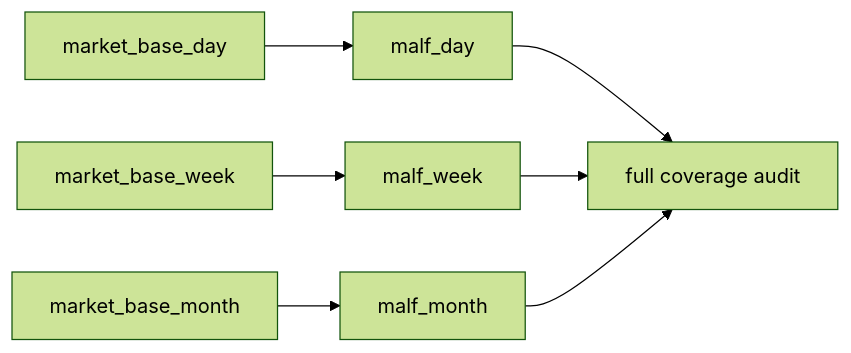
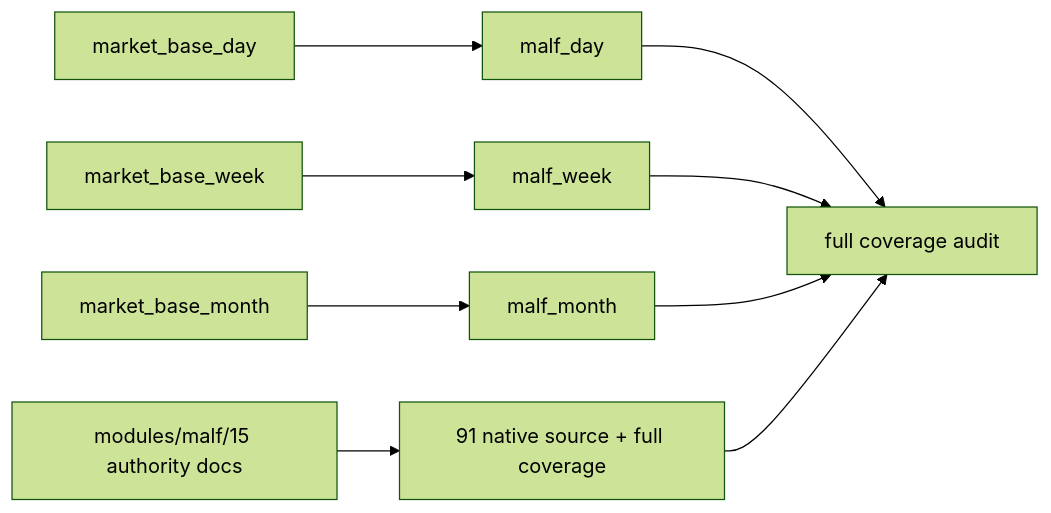
Before and after one commit to everything-is-simple/lifespan-0.01: the diagram in docs/03-execution/91-malf-timeframe-native-base-source-rebind-card-20260418.md, drawn with Mermaid (forest theme). The commit also changed other lines of this file and 17 other files, not shown here.

````diff
--- a/docs/03-execution/91-malf-timeframe-native-base-source-rebind-card-20260418.md
+++ b/docs/03-execution/91-malf-timeframe-native-base-source-rebind-card-20260418.md
@@ -90,9 +99,11 @@
 ```mermaid
 flowchart LR
+    D15["modules/malf/15 authority docs"] --> C91["91 native source + full coverage"]
     BD["market_base_day"] --> MD["malf_day"]
     BW["market_base_week"] --> MW["malf_week"]
     BM["market_base_month"] --> MM["malf_month"]
     MD --> AUD["full coverage audit"]
     MW --> AUD
     MM --> AUD
+    C91 --> AUD
 ```
````
